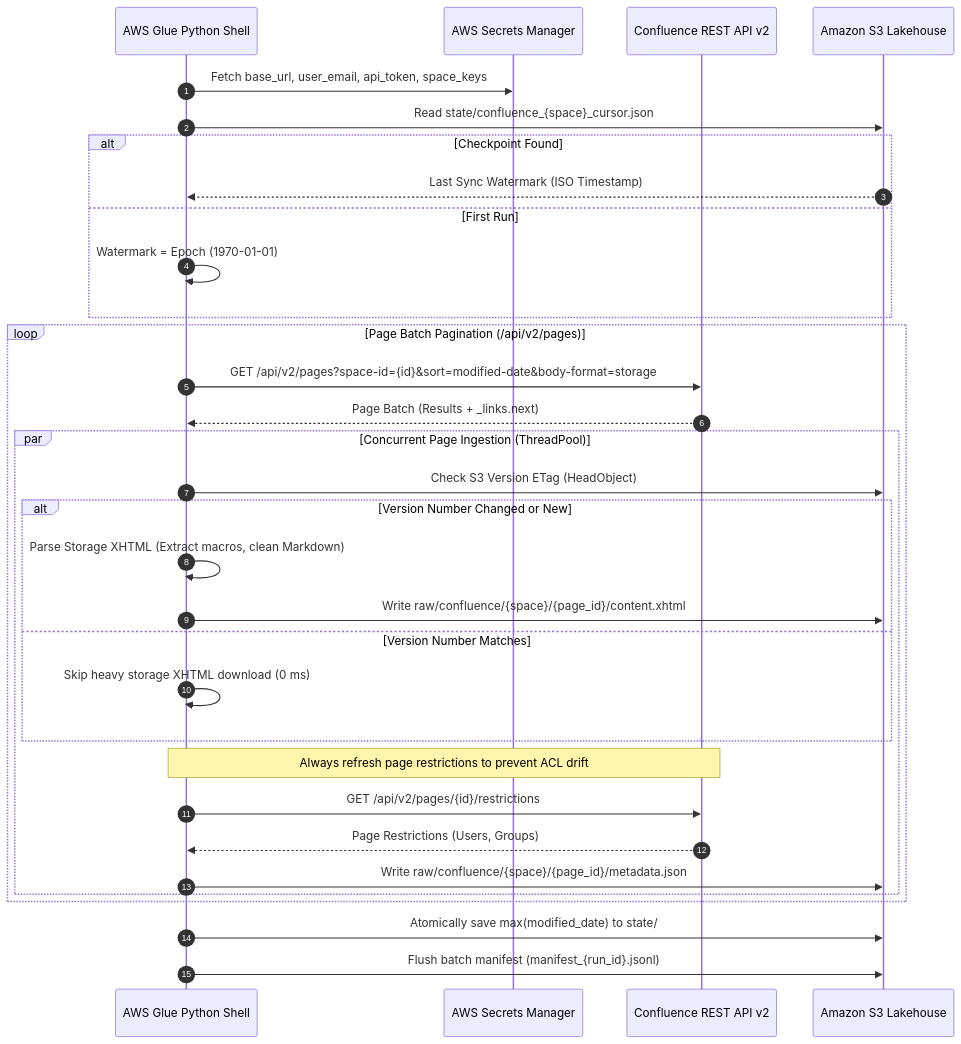
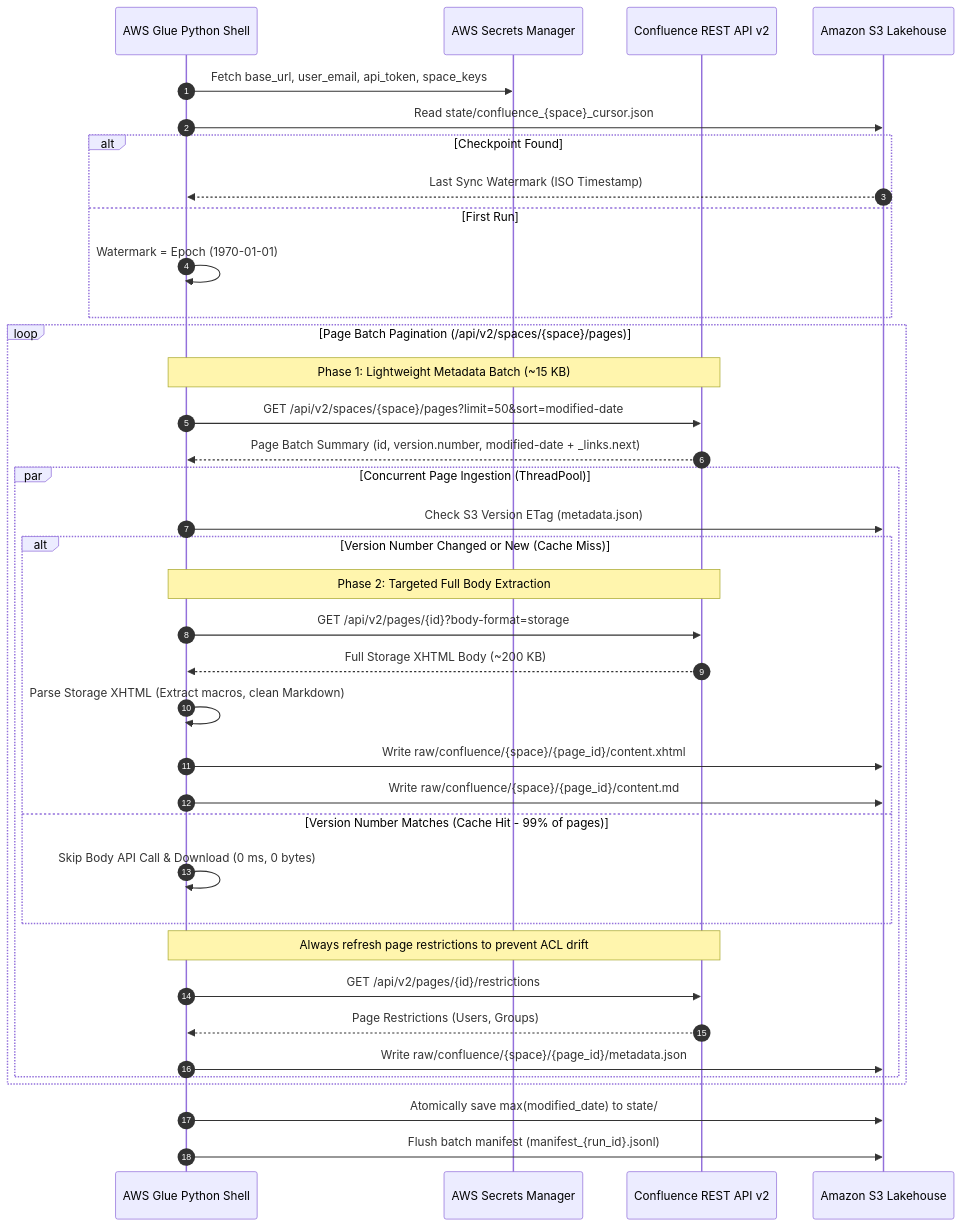
Before and after one commit to toanbui626391/data_ai_engineer: the second of 9 diagrams in docs/architecture/glue_connectors/02_confluence_connector.md, drawn with Mermaid. The commit also changed other lines of this file and 22 other files, not shown here.

````diff
--- a/docs/architecture/glue_connectors/02_confluence_connector.md
+++ b/docs/architecture/glue_connectors/02_confluence_connector.md
@@ -89,38 +89,43 @@
 ```mermaid
 sequenceDiagram
     autonumber
     participant Glue as AWS Glue Python Shell
     participant Secrets as AWS Secrets Manager
     participant Conf as Confluence REST API v2
     participant S3 as Amazon S3 Lakehouse
 
     Glue->>Secrets: Fetch base_url, user_email, api_token, space_keys
     Glue->>S3: Read state/confluence_{space}_cursor.json
     alt Checkpoint Found
         S3-->>Glue: Last Sync Watermark (ISO Timestamp)
     else First Run
         Glue->>Glue: Watermark = Epoch (1970-01-01)
     end
 
-    loop Page Batch Pagination (/api/v2/pages)
-        Glue->>Conf: GET /api/v2/pages?space-id={id}&sort=modified-date&body-format=storage
-        Conf-->>Glue: Page Batch (Results + _links.next)
+    loop Page Batch Pagination (/api/v2/spaces/{space}/pages)
+        Note over Glue,Conf: Phase 1: Lightweight Metadata Batch (~15 KB)
+        Glue->>Conf: GET /api/v2/spaces/{space}/pages?limit=50&sort=modified-date
+        Conf-->>Glue: Page Batch Summary (id, version.number, modified-date + _links.next)
 
         par Concurrent Page Ingestion (ThreadPool)
-            Glue->>S3: Check S3 Version ETag (HeadObject)
-            alt Version Number Changed or New
+            Glue->>S3: Check S3 Version ETag (metadata.json)
+            alt Version Number Changed or New (Cache Miss)
+                Note over Glue,Conf: Phase 2: Targeted Full Body Extraction
+                Glue->>Conf: GET /api/v2/pages/{id}?body-format=storage
+                Conf-->>Glue: Full Storage XHTML Body (~200 KB)
                 Glue->>Glue: Parse Storage XHTML (Extract macros, clean Markdown)
                 Glue->>S3: Write raw/confluence/{space}/{page_id}/content.xhtml
-            else Version Number Matches
-                Glue->>Glue: Skip heavy storage XHTML download (0 ms)
+                Glue->>S3: Write raw/confluence/{space}/{page_id}/content.md
+            else Version Number Matches (Cache Hit - 99% of pages)
+                Glue->>Glue: Skip Body API Call & Download (0 ms, 0 bytes)
             end
             Note over Glue,Conf: Always refresh page restrictions to prevent ACL drift
             Glue->>Conf: GET /api/v2/pages/{id}/restrictions
             Conf-->>Glue: Page Restrictions (Users, Groups)
             Glue->>S3: Write raw/confluence/{space}/{page_id}/metadata.json
         end
     end
 
     Glue->>S3: Atomically save max(modified_date) to state/
     Glue->>S3: Flush batch manifest (manifest_{run_id}.jsonl)
 ```
````
